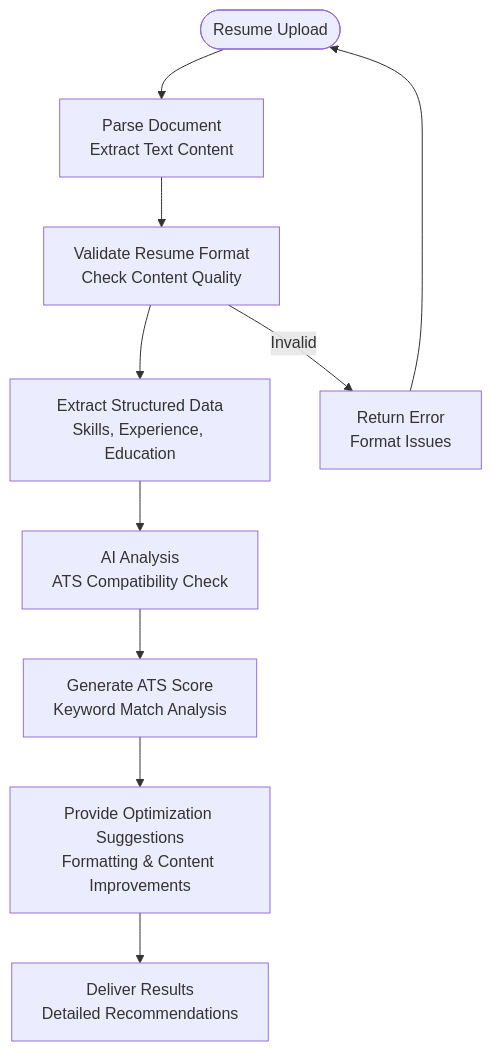
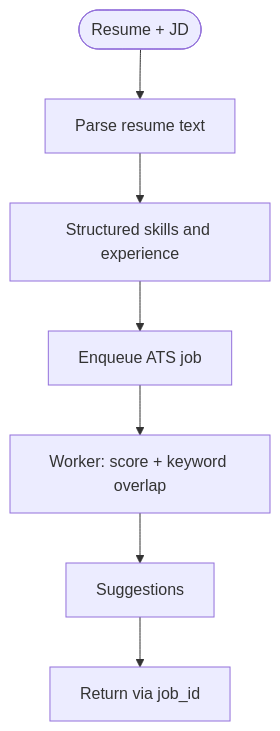
The third of 5 diagrams in src/data/docs/talentsync/Project Overview/Project Overview.md (tashifkhan/tashif.codes), drawn with Mermaid before and after one commit. The commit also changed other lines of this file and 2128 other files, not shown here.

First line of the commit message:
docs: replace raster diagram images with native Mermaid across project guides

````diff
--- a/src/data/docs/talentsync/Project Overview/Project Overview.md
+++ b/src/data/docs/talentsync/Project Overview/Project Overview.md
@@ -122,12 +106,9 @@
 ```mermaid
 flowchart TD
-Start([Resume Upload]) --> Parse["Parse Document<br/>Extract Text Content"]
-Parse --> Validate["Validate Resume Format<br/>Check Content Quality"]
-Validate --> Extract["Extract Structured Data<br/>Skills, Experience, Education"]
-Extract --> Analyze["AI Analysis<br/>ATS Compatibility Check"]
-Analyze --> Score["Generate ATS Score<br/>Keyword Match Analysis"]
-Score --> Optimize["Provide Optimization Suggestions<br/>Formatting & Content Improvements"]
-Optimize --> Output["Deliver Results<br/>Detailed Recommendations"]
-Validate --> |Invalid| Error["Return Error<br/>Format Issues"]
-Error --> Start
+Start([Resume + JD]) --> Parse["Parse resume text"]
+Parse --> Extract["Structured skills and experience"]
+Extract --> Analyze["Enqueue ATS job"]
+Analyze --> Score["Worker: score + keyword overlap"]
+Score --> Optimize["Suggestions"]
+Optimize --> Output["Return via job_id"]
 ```
````
